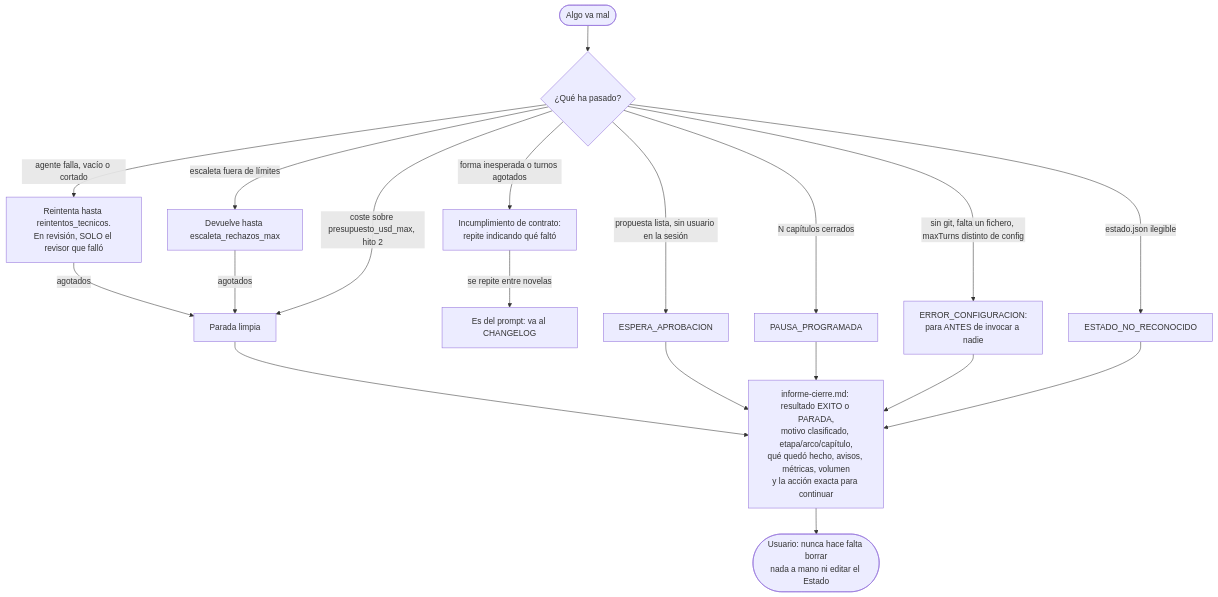
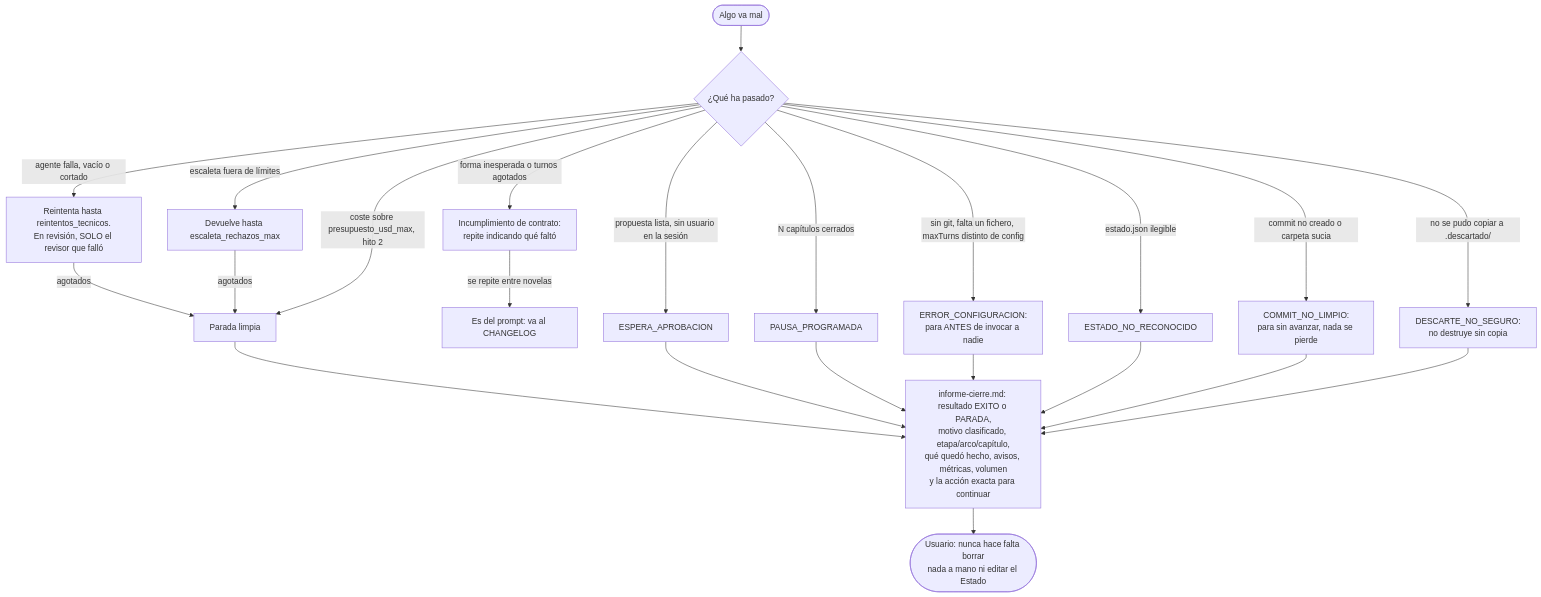
The fourth of 9 diagrams in specs/architecture.md (JNico-rb/story-maker), drawn with Mermaid before and after one commit. The commit also changed other lines of this file and 42 other files, not shown here.

````diff
--- a/specs/architecture.md
+++ b/specs/architecture.md
@@ -154,25 +154,29 @@
 ```mermaid
 flowchart TD
     fallo(["Algo va mal"]) --> tipo{"¿Qué ha pasado?"}
 
     tipo -->|"agente falla, vacío o cortado"| trans["Reintenta hasta reintentos_tecnicos.<br/>En revisión, SOLO el revisor que falló"]
     trans -->|"agotados"| parada
     tipo -->|"forma inesperada o turnos agotados"| incump["Incumplimiento de contrato:<br/>repite indicando qué faltó"]
     incump -->|"se repite entre novelas"| prompt["Es del prompt: va al CHANGELOG"]
     tipo -->|"escaleta fuera de límites"| esc["Devuelve hasta escaleta_rechazos_max"]
     esc -->|"agotados"| parada
     tipo -->|"propuesta lista, sin usuario en la sesión"| espera["ESPERA_APROBACION"]
     tipo -->|"N capítulos cerrados"| pausa["PAUSA_PROGRAMADA"]
     tipo -->|"coste sobre presupuesto_usd_max, hito 2"| parada
     tipo -->|"sin git, falta un fichero, maxTurns distinto de config"| conf["ERROR_CONFIGURACION:<br/>para ANTES de invocar a nadie"]
     tipo -->|"estado.json ilegible"| nore["ESTADO_NO_RECONOCIDO"]
+    tipo -->|"commit no creado o carpeta sucia"| cnl["COMMIT_NO_LIMPIO:<br/>para sin avanzar, nada se pierde"]
+    tipo -->|"no se pudo copiar a .descartado/"| dns["DESCARTE_NO_SEGURO:<br/>no destruye sin copia"]
 
     parada["Parada limpia"] --> informe
     espera --> informe
     pausa --> informe
     conf --> informe
     nore --> informe
+    cnl --> informe
+    dns --> informe
 
     informe["informe-cierre.md: resultado EXITO o PARADA,<br/>motivo clasificado, etapa/arco/capítulo,<br/>qué quedó hecho, avisos, métricas, volumen<br/>y la acción exacta para continuar"]
     informe --> user(["Usuario: nunca hace falta borrar<br/>nada a mano ni editar el Estado"])
 ```
````
